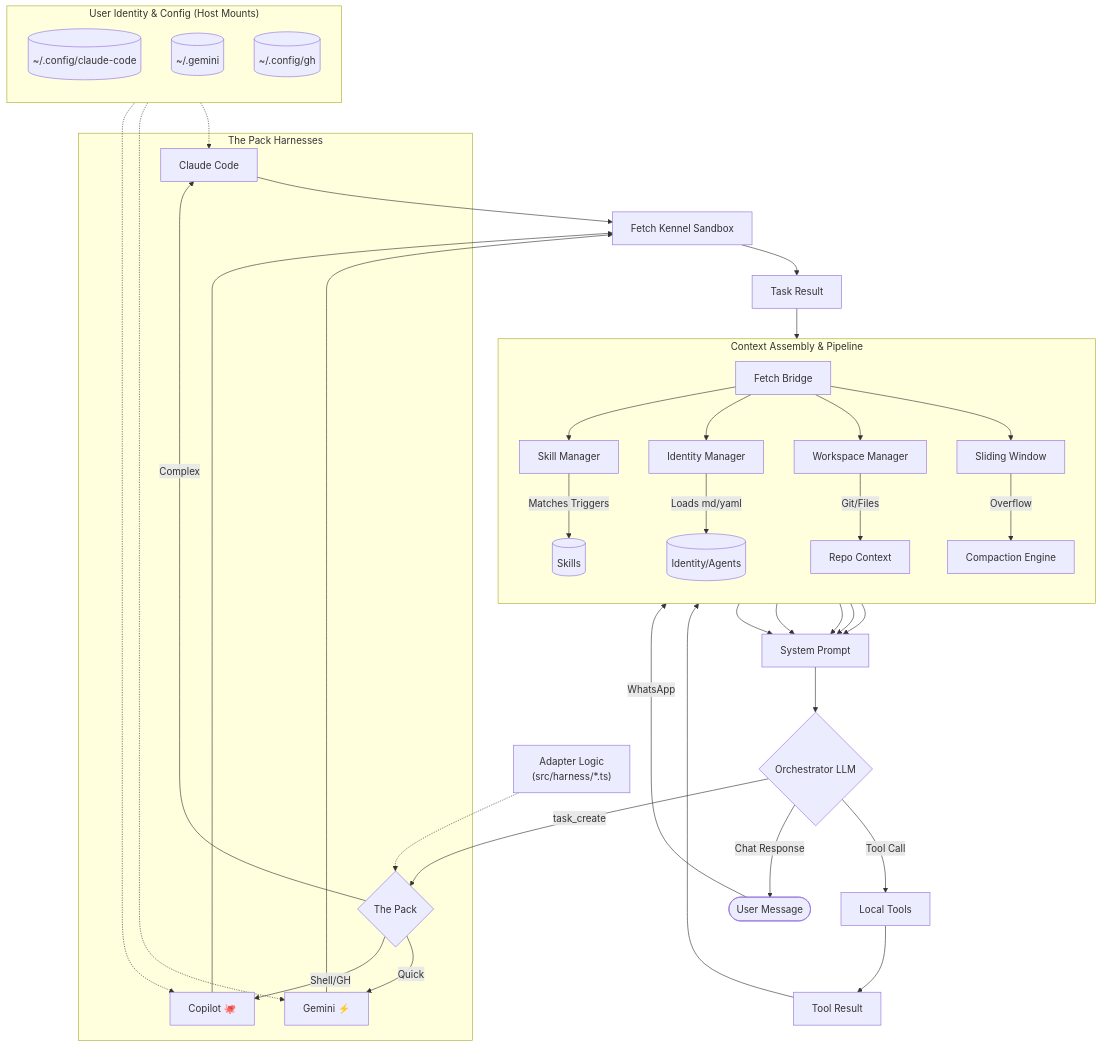
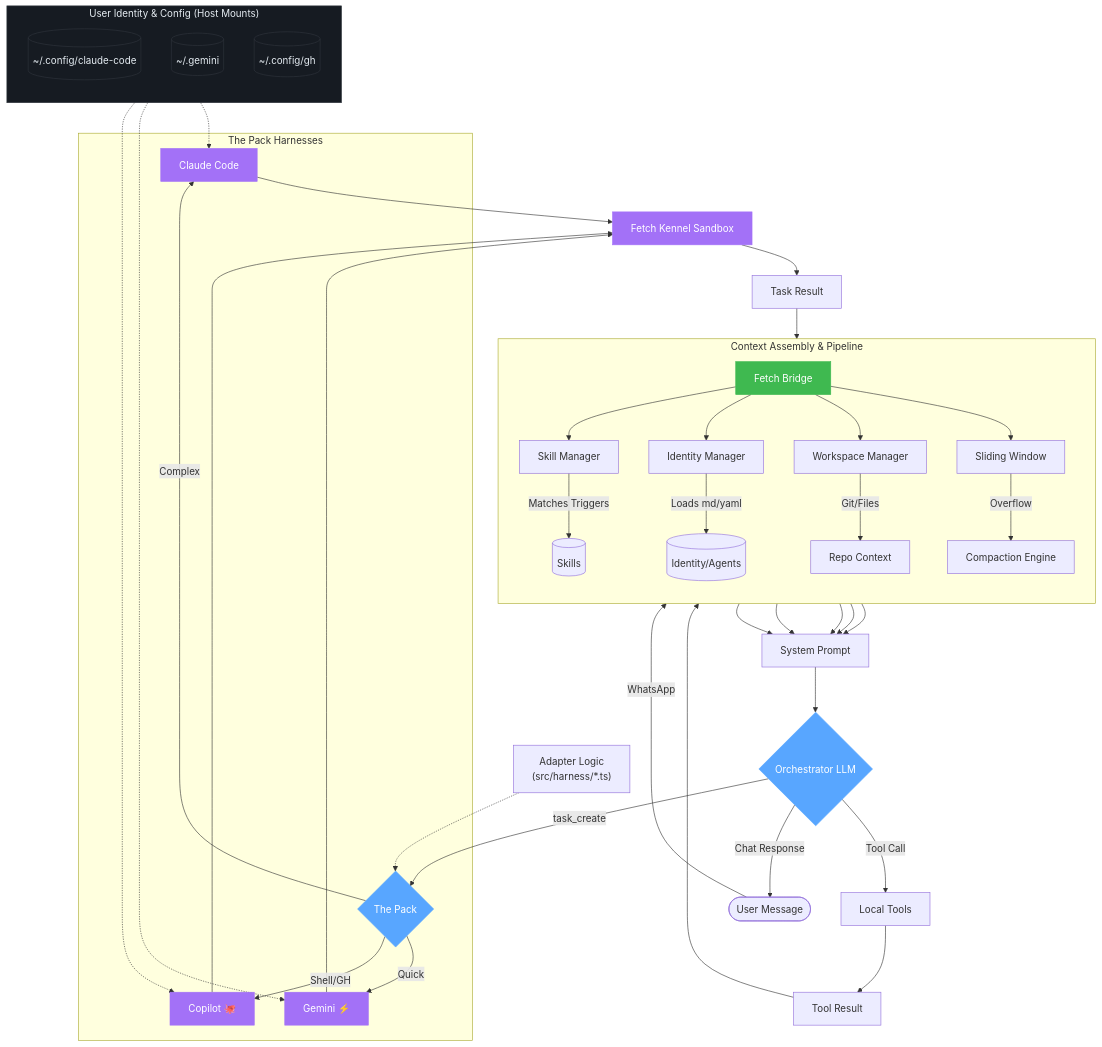
Before and after one commit to Traves-Theberge/Fetch: the second of 3 diagrams in docs/markdown/ARCHITECTURE.md, drawn with Mermaid. The commit also changed other lines of this file and 67 other files, not shown here.

````diff
--- a/docs/markdown/ARCHITECTURE.md
+++ b/docs/markdown/ARCHITECTURE.md
@@ -126,4 +131,14 @@
 
     %% Local tool result loop (implicit but good to show)
     LocalTools --> Result[Tool Result] --> Bridge
+
+    classDef bridge fill:#3fb950,stroke:#3fb950,color:#fff
+    classDef kennel fill:#a371f7,stroke:#a371f7,color:#fff
+    classDef orchestrator fill:#58a6ff,stroke:#58a6ff,color:#fff
+    classDef config fill:#161b22,stroke:#30363d,color:#e6edf3
+
+    class Bridge bridge
+    class Sandbox,Claude,Gemini,Copilot kennel
+    class OrchLLM,PackDecider orchestrator
+    class HostConfig,ConfClaude,ConfGemini,ConfCopilot config
 ```
````
